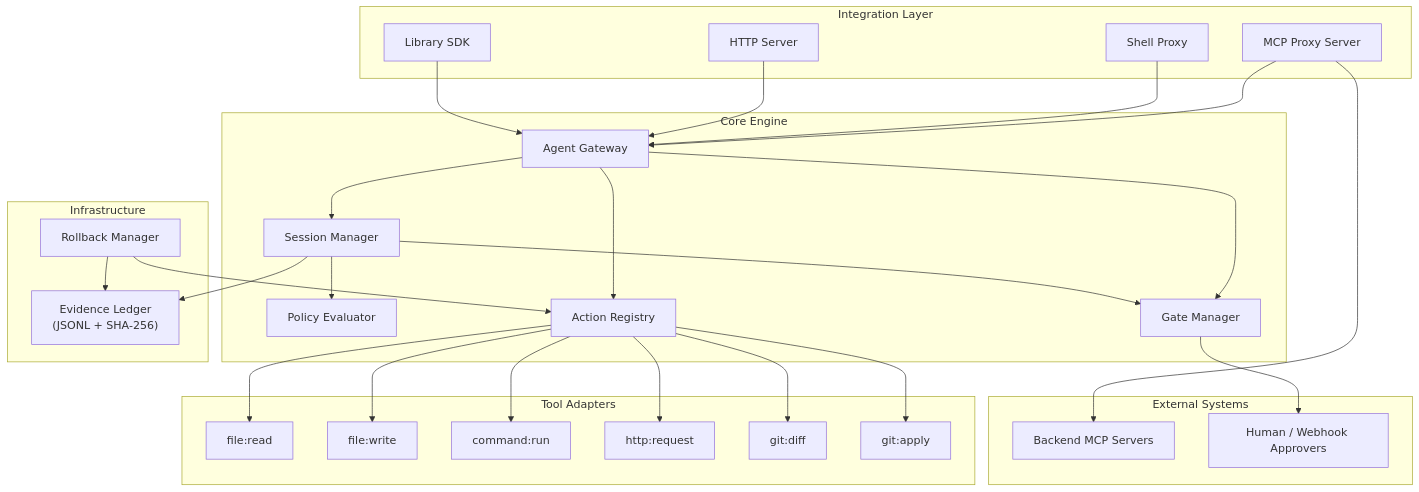
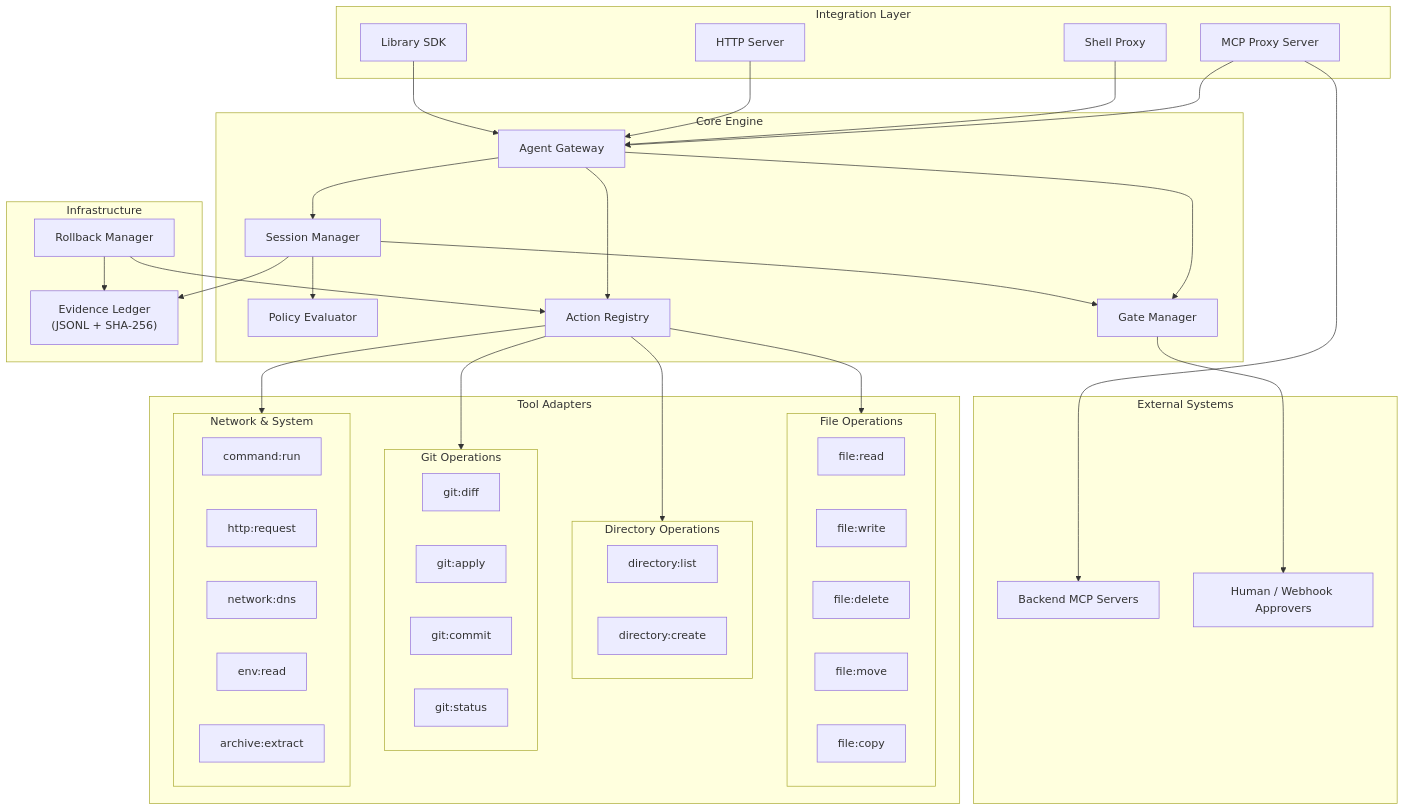
One commit to elliot35/deterministic-agent-control-protocol changed the second of 4 diagrams in README.md. Above: the diagram before and after it, drawn with Mermaid. The commit also changed other lines of this file and 29 other files, not shown here.

````diff
--- a/README.md
+++ b/README.md
@@ -318,62 +321,78 @@
 ```mermaid
 graph TB
     subgraph External["External Systems"]
         BackendMCP["Backend MCP Servers"]
         Approvers["Human / Webhook Approvers"]
     end
 
     subgraph Integration["Integration Layer"]
         MCPProxy["MCP Proxy Server"]
         ShellProxy["Shell Proxy"]
         HTTPServer["HTTP Server"]
         LibrarySDK["Library SDK"]
     end
 
     subgraph Core["Core Engine"]
         Gateway["Agent Gateway"]
         SessionMgr["Session Manager"]
         PolicyEval["Policy Evaluator"]
         GateMgr["Gate Manager"]
         ActionReg["Action Registry"]
     end
 
     subgraph Infra["Infrastructure"]
         Ledger["Evidence Ledger<br/>(JSONL + SHA-256)"]
         Rollback["Rollback Manager"]
     end
 
     subgraph Tools["Tool Adapters"]
-        FR["file:read"]
-        FW["file:write"]
-        CR["command:run"]
-        HR["http:request"]
-        GD["git:diff"]
-        GA["git:apply"]
+        subgraph FileTools["File Operations"]
+            FR["file:read"]
+            FW["file:write"]
+            FD["file:delete"]
+            FM["file:move"]
+            FC["file:copy"]
+        end
+        subgraph DirTools["Directory Operations"]
+            DL["directory:list"]
+            DC["directory:create"]
+        end
+        subgraph GitTools["Git Operations"]
+            GD["git:diff"]
+            GA["git:apply"]
+            GC["git:commit"]
+            GS["git:status"]
+        end
+        subgraph NetTools["Network & System"]
+            CR["command:run"]
+            HR["http:request"]
+            ND["network:dns"]
+            ER["env:read"]
+            AE["archive:extract"]
+        end
     end
 
     MCPProxy --> Gateway
     ShellProxy --> Gateway
     HTTPServer --> Gateway
     LibrarySDK --> Gateway
 
     Gateway --> SessionMgr
     Gateway --> ActionReg
     Gateway --> GateMgr
 
     SessionMgr --> PolicyEval
     SessionMgr --> GateMgr
     SessionMgr --> Ledger
 
-    ActionReg --> FR
-    ActionReg --> FW
-    ActionReg --> CR
-    ActionReg --> HR
-    ActionReg --> GD
-    ActionReg --> GA
+    ActionReg --> FileTools
+    ActionReg --> DirTools
+    ActionReg --> GitTools
+    ActionReg --> NetTools
 
     Rollback --> ActionReg
     Rollback --> Ledger
 
     MCPProxy --> BackendMCP
     GateMgr --> Approvers
 ```
````
